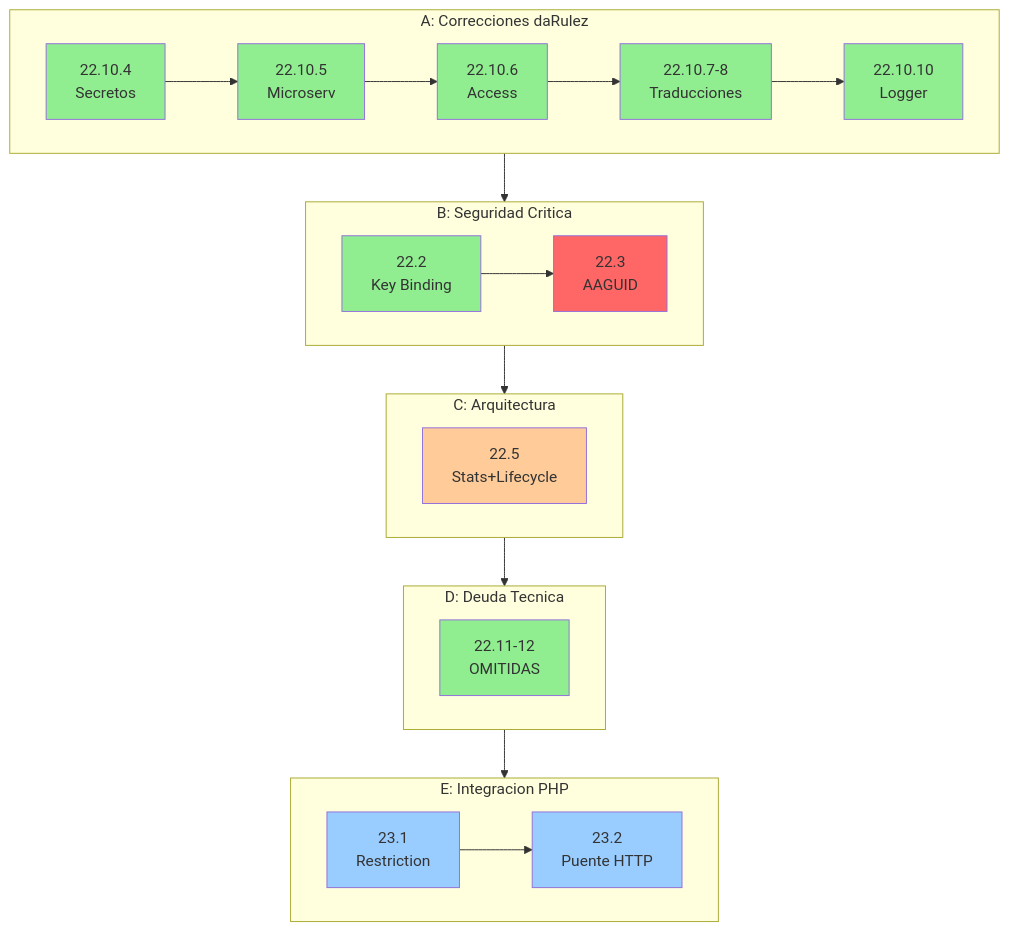
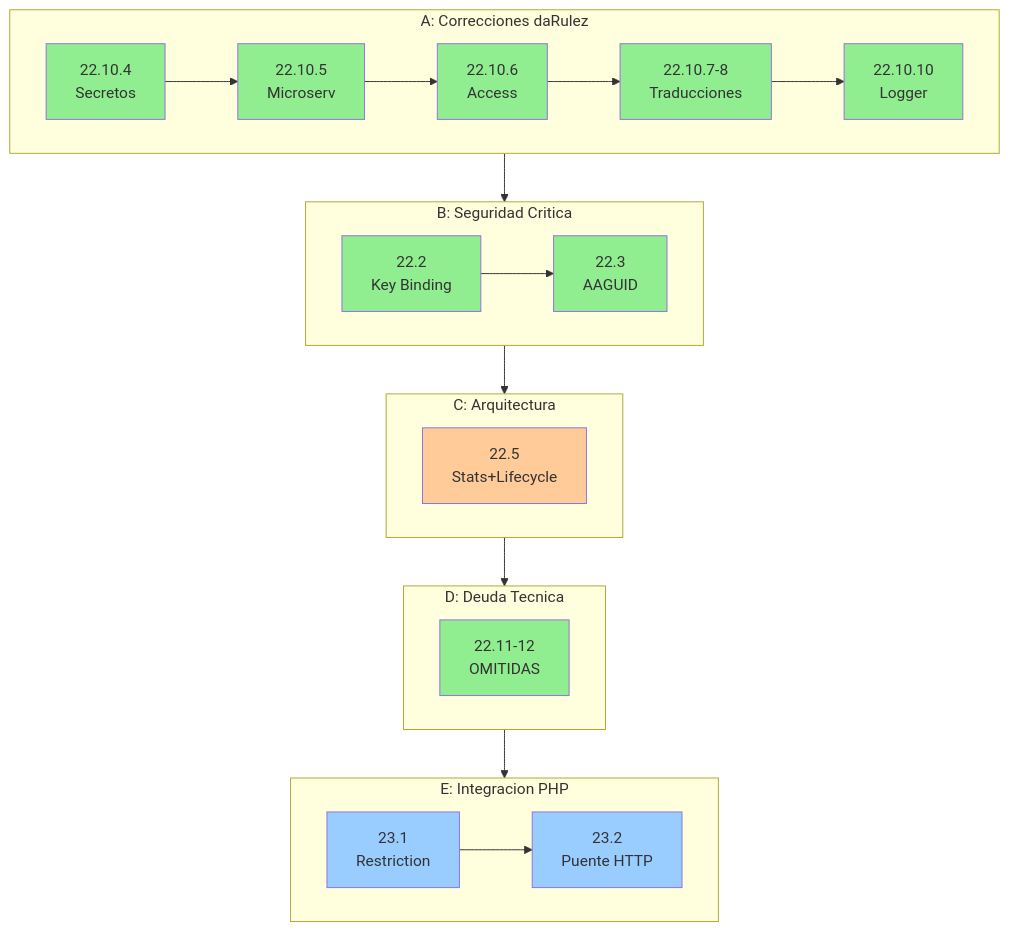
One commit to Ragnarsss/capstone-backend changed the diagram in ROADMAP.md. Above: the diagram before and after it, drawn with Mermaid. The commit also changed other lines of this file and 8 other files, not shown here.

````diff
--- a/ROADMAP.md
+++ b/ROADMAP.md
@@ -43,53 +43,53 @@
 ```mermaid
 flowchart TB
     subgraph BLOQUE_A[A: Correcciones daRulez]
         direction LR
         A1[22.10.4<br/>Secretos]
         A2[22.10.5<br/>Microserv]
         A3[22.10.6<br/>Access]
         A4[22.10.7-8<br/>Traducciones]
         A5[22.10.10<br/>Logger]
         A1 --> A2 --> A3 --> A4 --> A5
     end
 
     subgraph BLOQUE_B[B: Seguridad Critica]
         direction LR
         B1[22.2<br/>Key Binding]
         B2[22.3<br/>AAGUID]
         B1 --> B2
     end
 
     subgraph BLOQUE_C[C: Arquitectura]
         direction LR
         C1[22.5<br/>Stats+Lifecycle]
     end
 
     subgraph BLOQUE_D[D: Deuda Tecnica]
         direction LR
         D1[22.11-12<br/>OMITIDAS]
     end
 
     subgraph BLOQUE_E[E: Integracion PHP]
         direction LR
         E1[23.1<br/>Restriction]
         E2[23.2<br/>Puente HTTP]
         E1 --> E2
     end
 
     BLOQUE_A --> BLOQUE_B
     BLOQUE_B --> BLOQUE_C
     BLOQUE_C --> BLOQUE_D
     BLOQUE_D --> BLOQUE_E
 
     style A1 fill:#90EE90
     style A2 fill:#90EE90
     style A3 fill:#90EE90
     style A4 fill:#90EE90
     style A5 fill:#90EE90
     style B1 fill:#90EE90
-    style B2 fill:#ff6666
+    style B2 fill:#90EE90
     style C1 fill:#ffcc99
     style D1 fill:#90EE90
     style E1 fill:#99ccff
     style E2 fill:#99ccff
 ```
````
